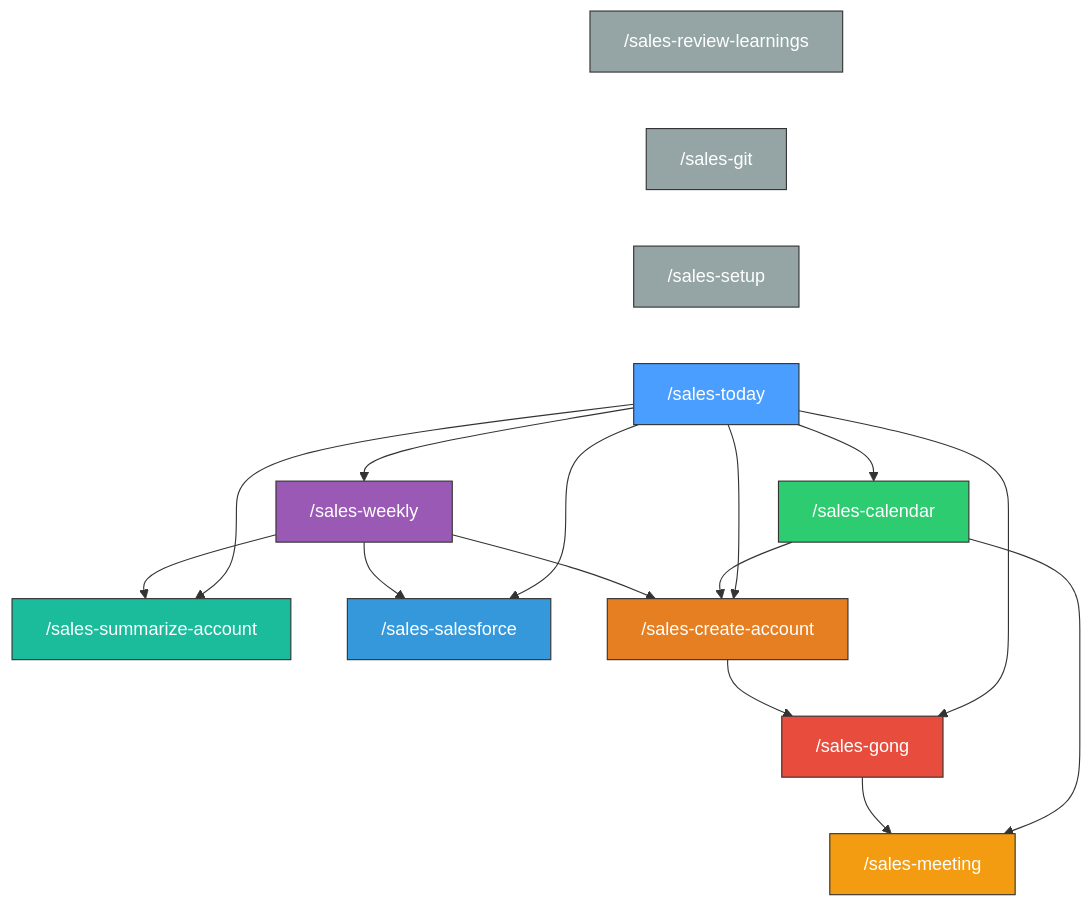
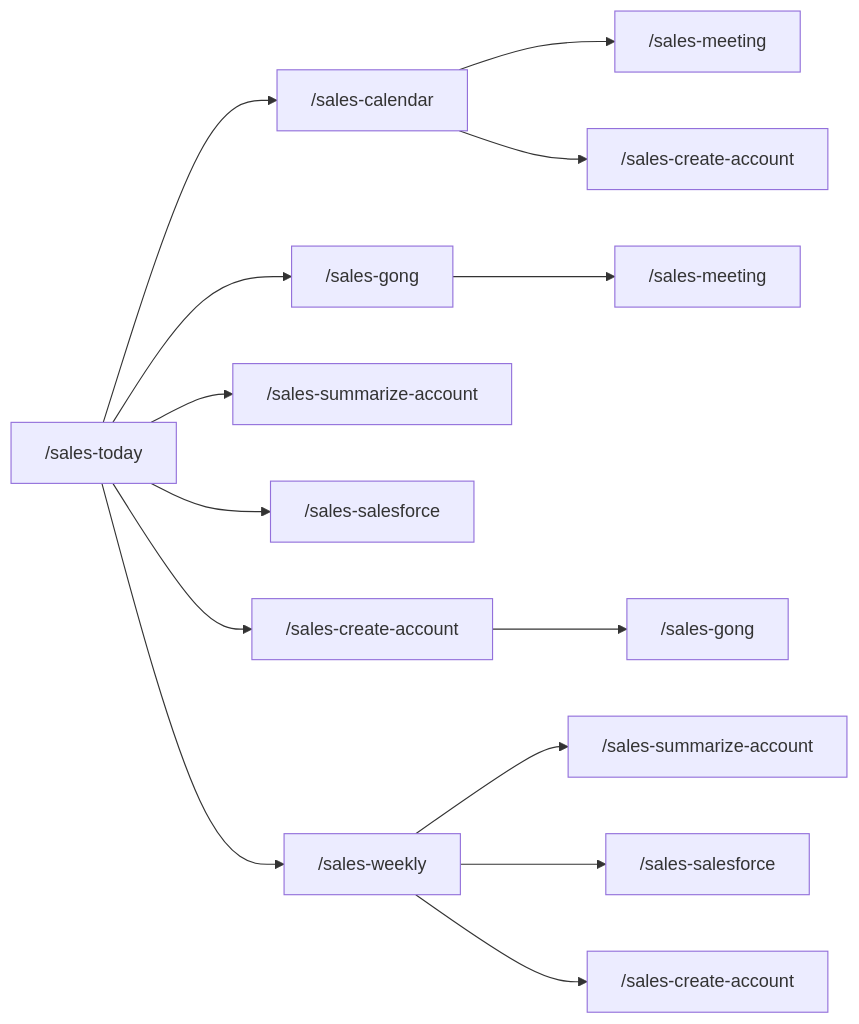
Before and after one commit to yeutterg/claude-code-sales-skills: the diagram in README.md, drawn with Mermaid. The commit also changed other lines of this file, not shown here.

Commit message:
sync: Simplify mermaid dependency graph to 2-row layout

````diff
--- a/README.md
+++ b/README.md
@@ -123,36 +123,17 @@
 ```mermaid
-graph TD
+graph LR
     today["/sales-today"] --> calendar["/sales-calendar"]
-    today --> gong["/sales-gong"]
-    today --> summarize["/sales-summarize-account"]
-    today --> salesforce["/sales-salesforce"]
-    today --> create["/sales-create-account"]
+    today --> gong1["/sales-gong"]
+    today --> summarize1["/sales-summarize-account"]
+    today --> salesforce1["/sales-salesforce"]
+    today --> create1["/sales-create-account"]
     today --> weekly["/sales-weekly"]
 
-    calendar --> meeting["/sales-meeting"]
-    calendar --> create
-
-    gong --> meeting
-
-    weekly --> summarize
-    weekly --> salesforce
-    weekly --> create
-
-    create --> gong
-
-    setup["/sales-setup"] ~~~ today
-    git["/sales-git"] ~~~ setup
-    review["/sales-review-learnings"] ~~~ git
-
-    style today fill:#4a9eff,stroke:#333,color:#fff
-    style weekly fill:#9b59b6,stroke:#333,color:#fff
-    style calendar fill:#2ecc71,stroke:#333,color:#fff
-    style meeting fill:#f39c12,stroke:#333,color:#fff
-    style gong fill:#e74c3c,stroke:#333,color:#fff
-    style summarize fill:#1abc9c,stroke:#333,color:#fff
-    style salesforce fill:#3498db,stroke:#333,color:#fff
-    style create fill:#e67e22,stroke:#333,color:#fff
-    style setup fill:#95a5a6,stroke:#333,color:#fff
-    style git fill:#95a5a6,stroke:#333,color:#fff
-    style review fill:#95a5a6,stroke:#333,color:#fff
+    calendar --> meeting1["/sales-meeting"]
+    calendar --> create2["/sales-create-account"]
+    gong1 --> meeting2["/sales-meeting"]
+    weekly --> summarize2["/sales-summarize-account"]
+    weekly --> salesforce2["/sales-salesforce"]
+    weekly --> create3["/sales-create-account"]
+    create1 --> gong2["/sales-gong"]
 ```
````
